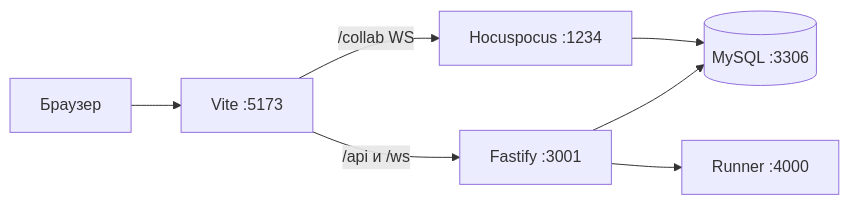
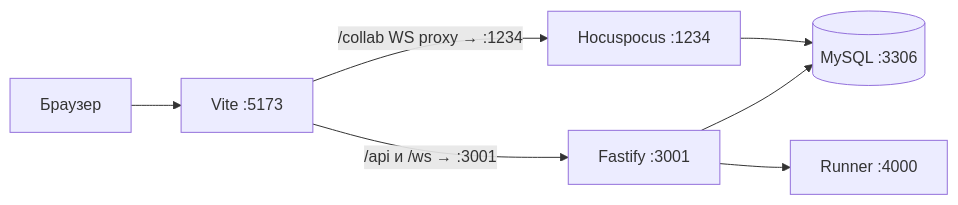
One commit to DamBalDoor/Livepad changed the diagram in README.md. Above: the diagram before and after it, drawn with Mermaid. The commit also changed other lines of this file and 2 other files, not shown here.

Commit message:
docs: sync AGENTS/livepad.mdc with README (collab, theme, Сейчас)
- AGENTS «Сейчас»: preflight, chips, Stop, room ops, host_cookie, theme
- livepad.mdc: /collab proxy, Hocuspocus :1234
- README: explicit no system/prefers-color-scheme; diagram proxy labels

````diff
--- a/README.md
+++ b/README.md
@@ -36,16 +36,16 @@
 ```mermaid
 flowchart LR
   Browser[Браузер]
   Web[Vite :5173]
   Api[Fastify :3001]
   Collab[Hocuspocus :1234]
   Db[(MySQL :3306)]
   Runner[Runner :4000]
 
   Browser --> Web
-  Web -->|"/api и /ws"| Api
-  Web -->|"/collab WS"| Collab
+  Web -->|"/api и /ws → :3001"| Api
+  Web -->|"/collab WS proxy → :1234"| Collab
   Api --> Db
   Collab --> Db
   Api --> Runner
 ```
````
